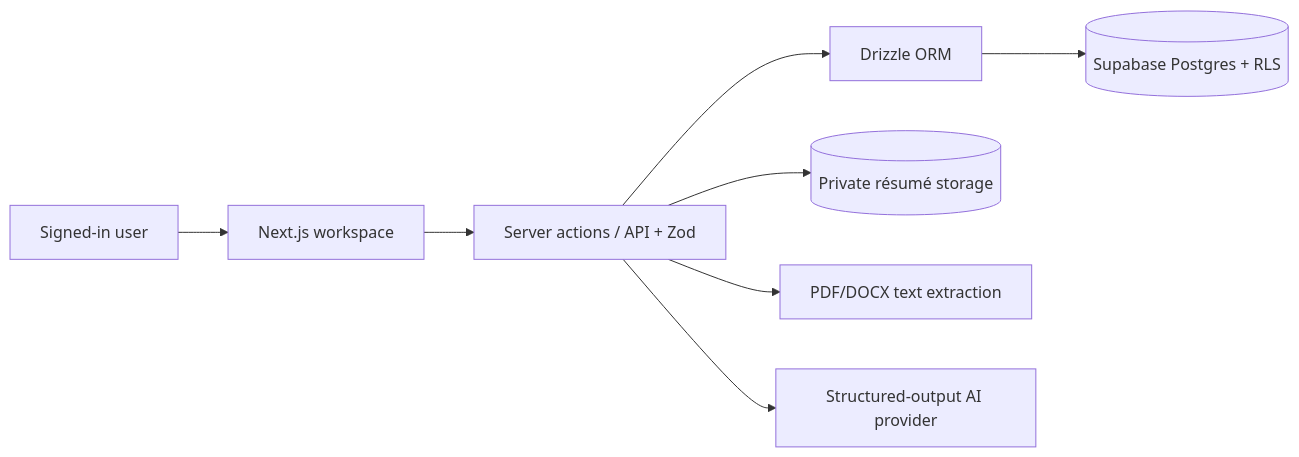
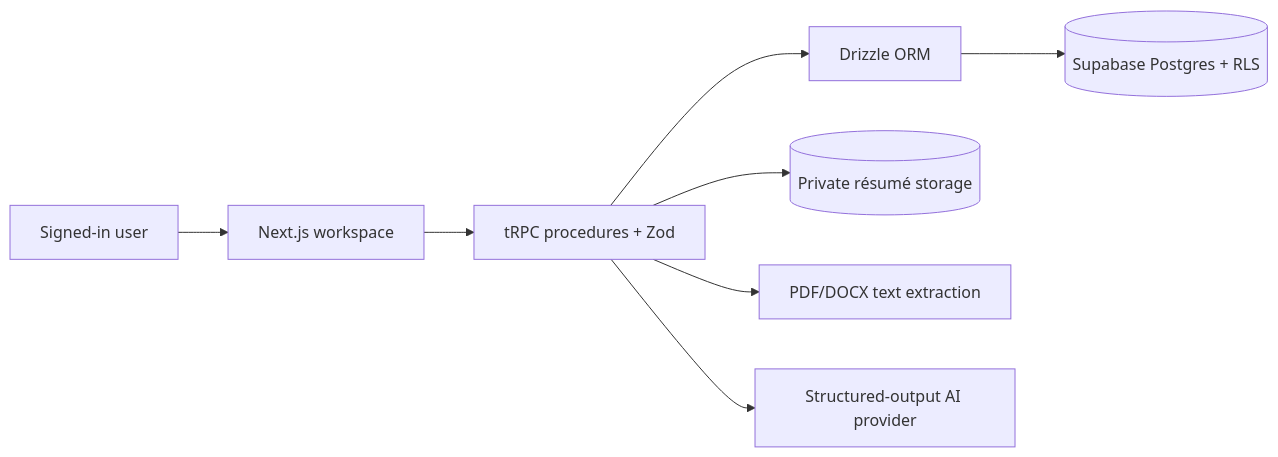
One commit to rchrdwllm/search-trace changed the diagram in docs/prd/prd.md. Above: the diagram before and after it, drawn with Mermaid. The commit also changed other lines of this file, not shown here.

Commit message:
update: Updated prd.md to include tRPC

````diff
--- a/docs/prd/prd.md
+++ b/docs/prd/prd.md
@@ -161,10 +159,10 @@
 ```mermaid
 flowchart LR
   U[Signed-in user] --> W[Next.js workspace]
-  W --> S[Server actions / API + Zod]
-  S --> O[Drizzle ORM]
+  W --> T[tRPC procedures + Zod]
+  T --> O[Drizzle ORM]
   O --> D[(Supabase Postgres + RLS)]
-  S --> B[(Private résumé storage)]
-  S --> X[PDF/DOCX text extraction]
-  S --> A[Structured-output AI provider]
+  T --> B[(Private résumé storage)]
+  T --> X[PDF/DOCX text extraction]
+  T --> A[Structured-output AI provider]
 ```
````
